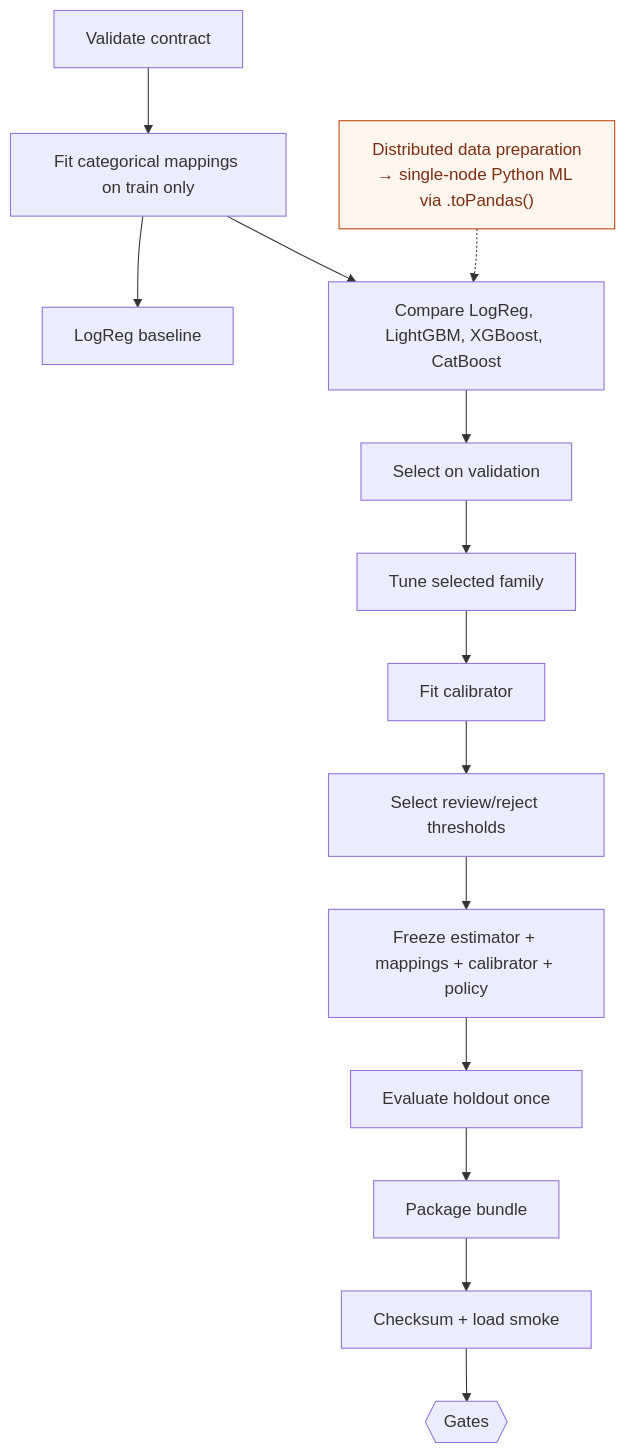
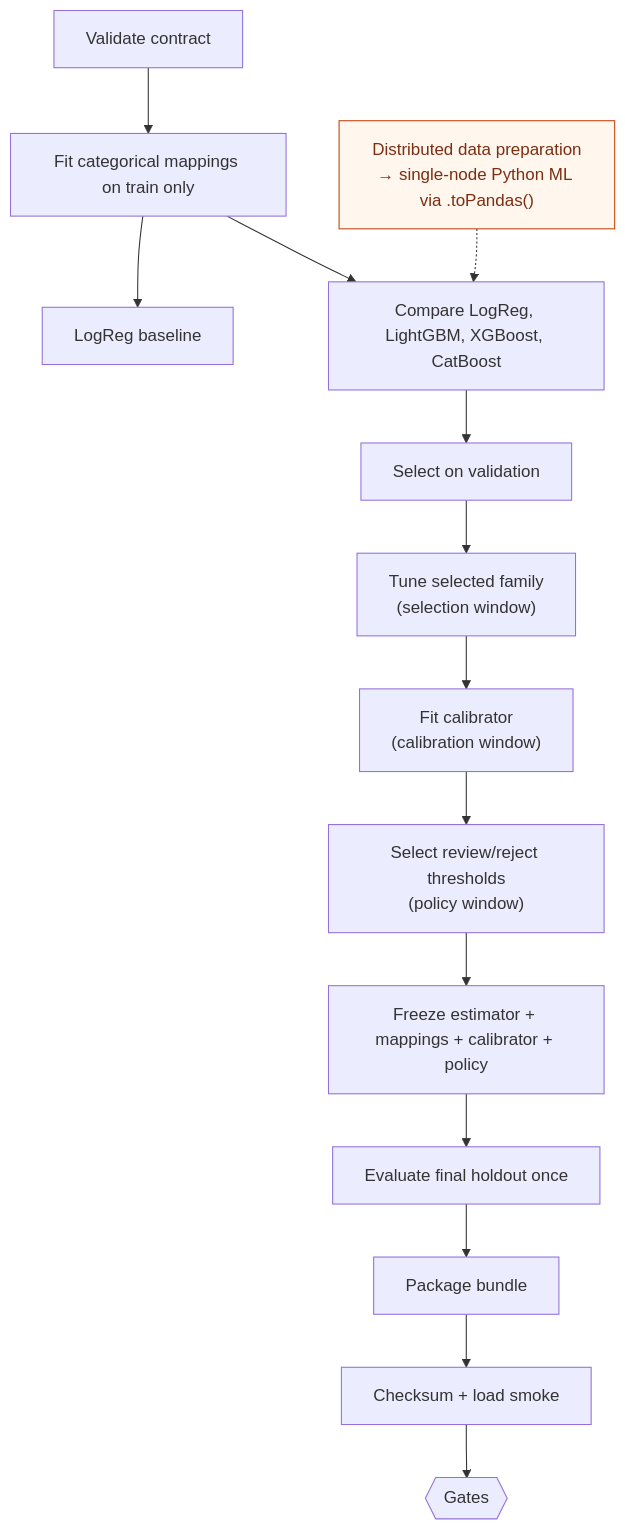
Before and after one commit to RocketUp-Team/Fraud-Detection-Score-Risk: the sixth of 8 diagrams in docs/AN_FINAL_ARCHITECTURE_DIAGRAMS.md, drawn with Mermaid. The commit also changed other lines of this file and 12 other files, not shown here.

````diff
--- a/docs/AN_FINAL_ARCHITECTURE_DIAGRAMS.md
+++ b/docs/AN_FINAL_ARCHITECTURE_DIAGRAMS.md
@@ -116,11 +118,11 @@
 ```mermaid
 flowchart TB
   VALIDATE["Validate contract"] --> MAP["Fit categorical mappings on train only"]
   MAP --> BASE["LogReg baseline"]
   MAP --> COMP["Compare LogReg, LightGBM, XGBoost, CatBoost"] --> SELECT["Select on validation"]
-  SELECT --> TUNE["Tune selected family"] --> CAL["Fit calibrator"] --> POLICY["Select review/reject thresholds"]
+  SELECT --> TUNE["Tune selected family\n(selection window)"] --> CAL["Fit calibrator\n(calibration window)"] --> POLICY["Select review/reject thresholds\n(policy window)"]
   POLICY --> FREEZE["Freeze estimator + mappings + calibrator + policy"]
-  FREEZE --> HOLD["Evaluate holdout once"] --> PACKAGE["Package bundle"] --> CHECK["Checksum + load smoke"] --> GATE{{"Gates"}}
+  FREEZE --> HOLD["Evaluate final holdout once"] --> PACKAGE["Package bundle"] --> CHECK["Checksum + load smoke"] --> GATE{{"Gates"}}
   NOTE["Distributed data preparation\n→ single-node Python ML via .toPandas()"]:::note -.-> COMP
   classDef note fill:#fff7ed,stroke:#c2410c,color:#7c2d12
 ```
````
